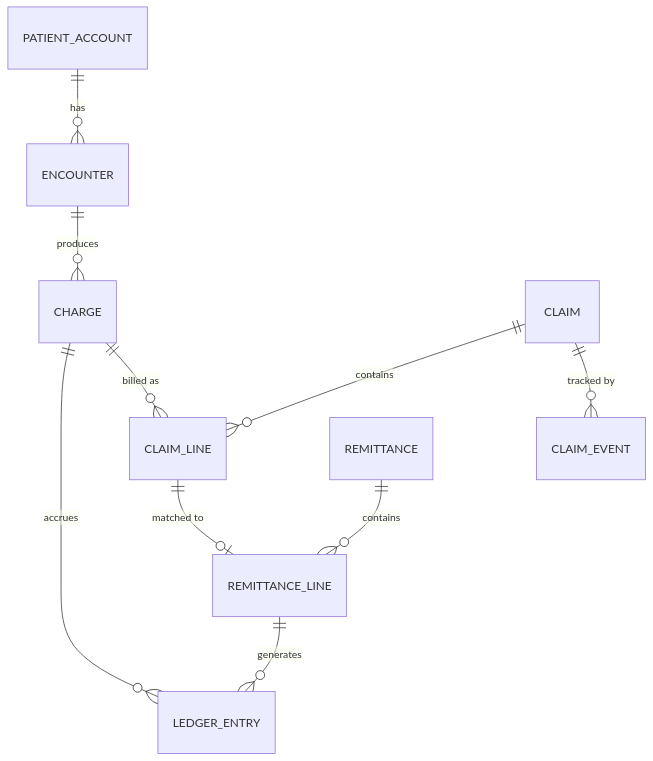
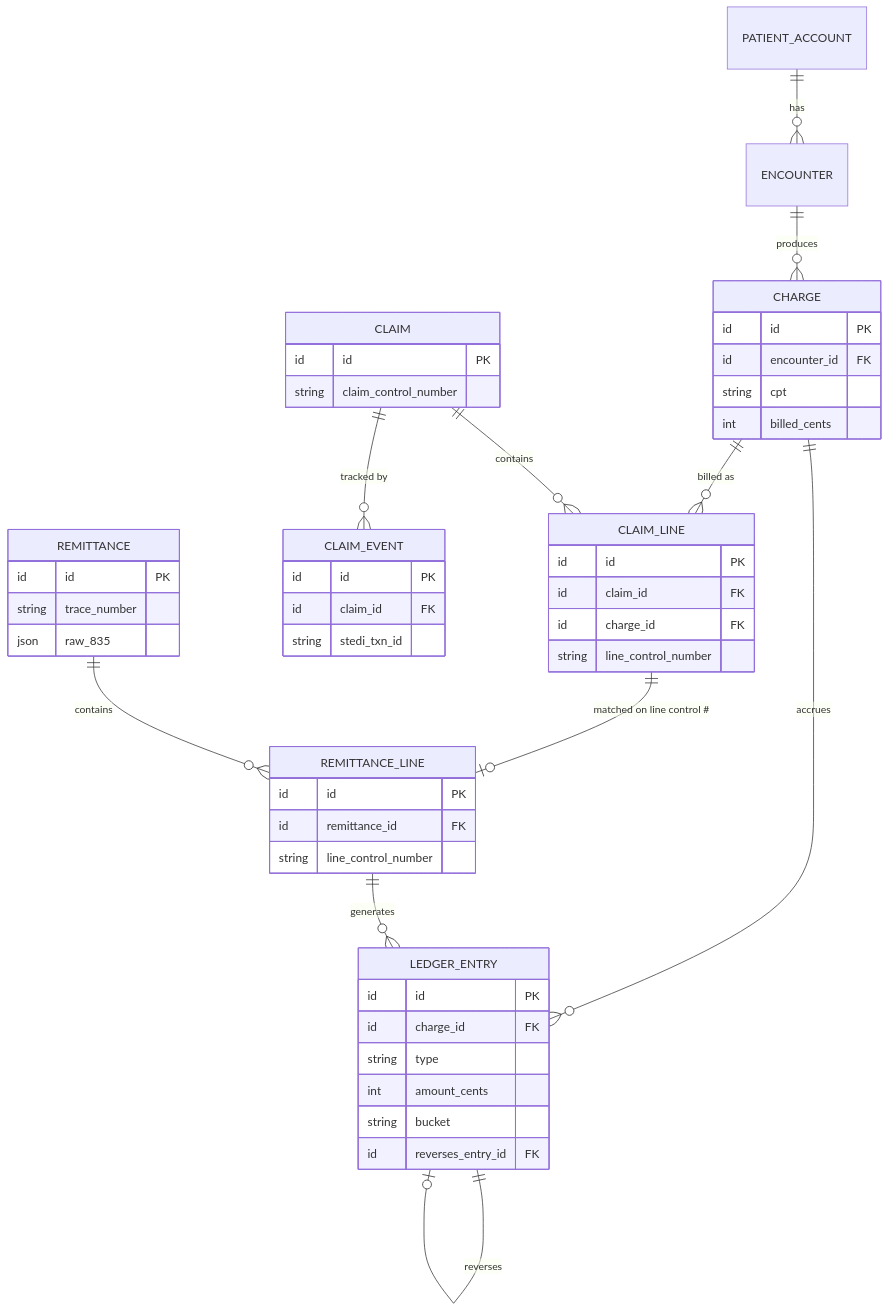
One commit to abierbaum/knowledgebase changed the second of 6 diagrams in RCM/rcm_financial_design_stedi.md. Above: the diagram before and after it, drawn with Mermaid. The commit also changed 4 other files, not shown here.

````diff
--- a/RCM/rcm_financial_design_stedi.md
+++ b/RCM/rcm_financial_design_stedi.md
@@ -96,12 +96,53 @@
 ```mermaid
 erDiagram
     PATIENT_ACCOUNT ||--o{ ENCOUNTER : has
-    ENCOUNTER ||--o{ CHARGE : produces
-    CHARGE ||--o{ LEDGER_ENTRY : accrues
-    CHARGE ||--o{ CLAIM_LINE : "billed as"
-    CLAIM ||--o{ CLAIM_LINE : contains
-    CLAIM ||--o{ CLAIM_EVENT : "tracked by"
-    REMITTANCE ||--o{ REMITTANCE_LINE : contains
+    ENCOUNTER       ||--o{ CHARGE : produces
+    CHARGE          ||--o{ CLAIM_LINE : "billed as"
+    CHARGE          ||--o{ LEDGER_ENTRY : accrues
+    CLAIM           ||--o{ CLAIM_LINE : contains
+    CLAIM           ||--o{ CLAIM_EVENT : "tracked by"
+    CLAIM_LINE      ||--o| REMITTANCE_LINE : "matched on line control #"
+    REMITTANCE      ||--o{ REMITTANCE_LINE : contains
     REMITTANCE_LINE ||--o{ LEDGER_ENTRY : generates
-    CLAIM_LINE ||--o| REMITTANCE_LINE : "matched to"
+    LEDGER_ENTRY    ||--o| LEDGER_ENTRY : reverses
+
+    CHARGE {
+        id id PK
+        id encounter_id FK
+        string cpt
+        int billed_cents
+    }
+    CLAIM {
+        id id PK
+        string claim_control_number
+    }
+    CLAIM_LINE {
+        id id PK
+        id claim_id FK
+        id charge_id FK
+        string line_control_number
+    }
+    CLAIM_EVENT {
+        id id PK
+        id claim_id FK
+        string stedi_txn_id
+    }
+    REMITTANCE {
+        id id PK
+        string trace_number
+        json raw_835
+    }
+    REMITTANCE_LINE {
+        id id PK
+        id remittance_id FK
+        string line_control_number
+    }
+    LEDGER_ENTRY {
+        id id PK
+        id charge_id FK
+        string type
+        int amount_cents
+        string bucket
+        id reverses_entry_id FK
+    }
 ```
````
